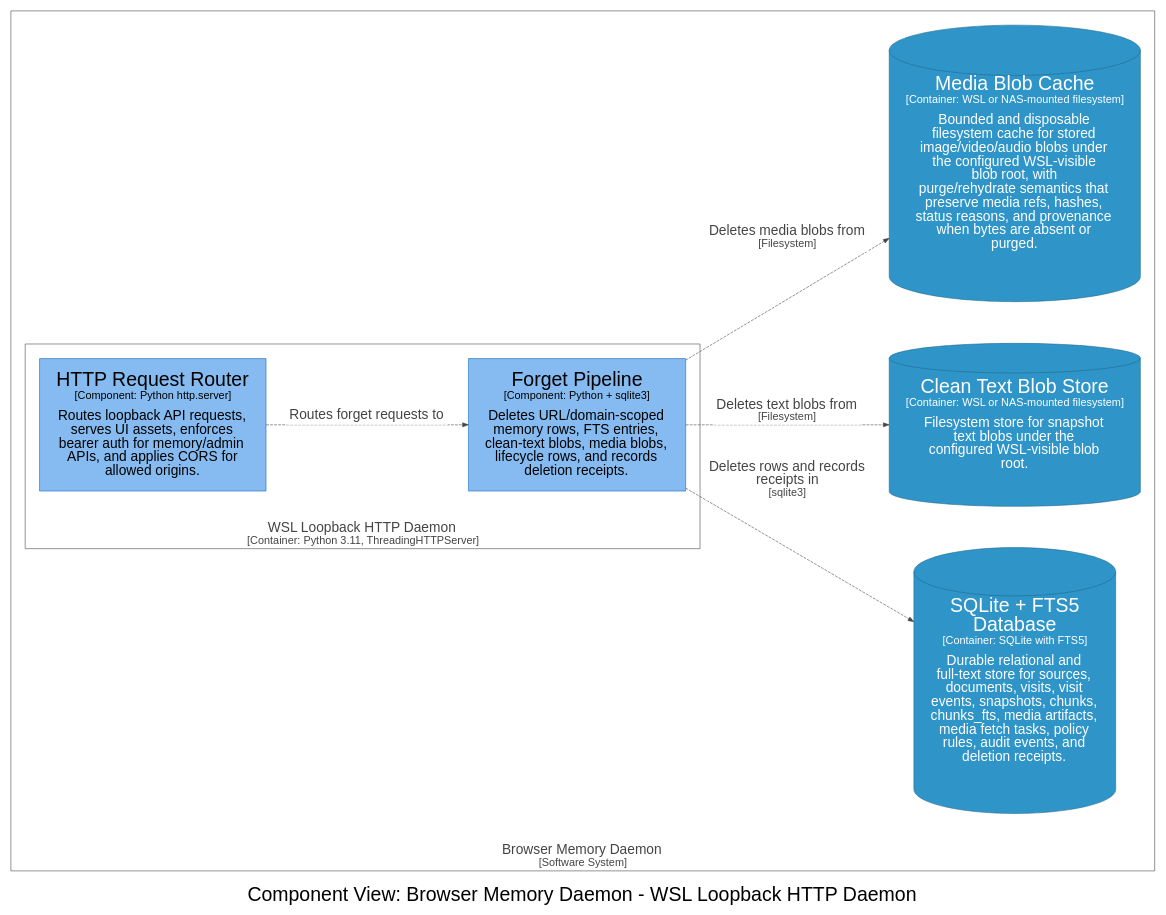
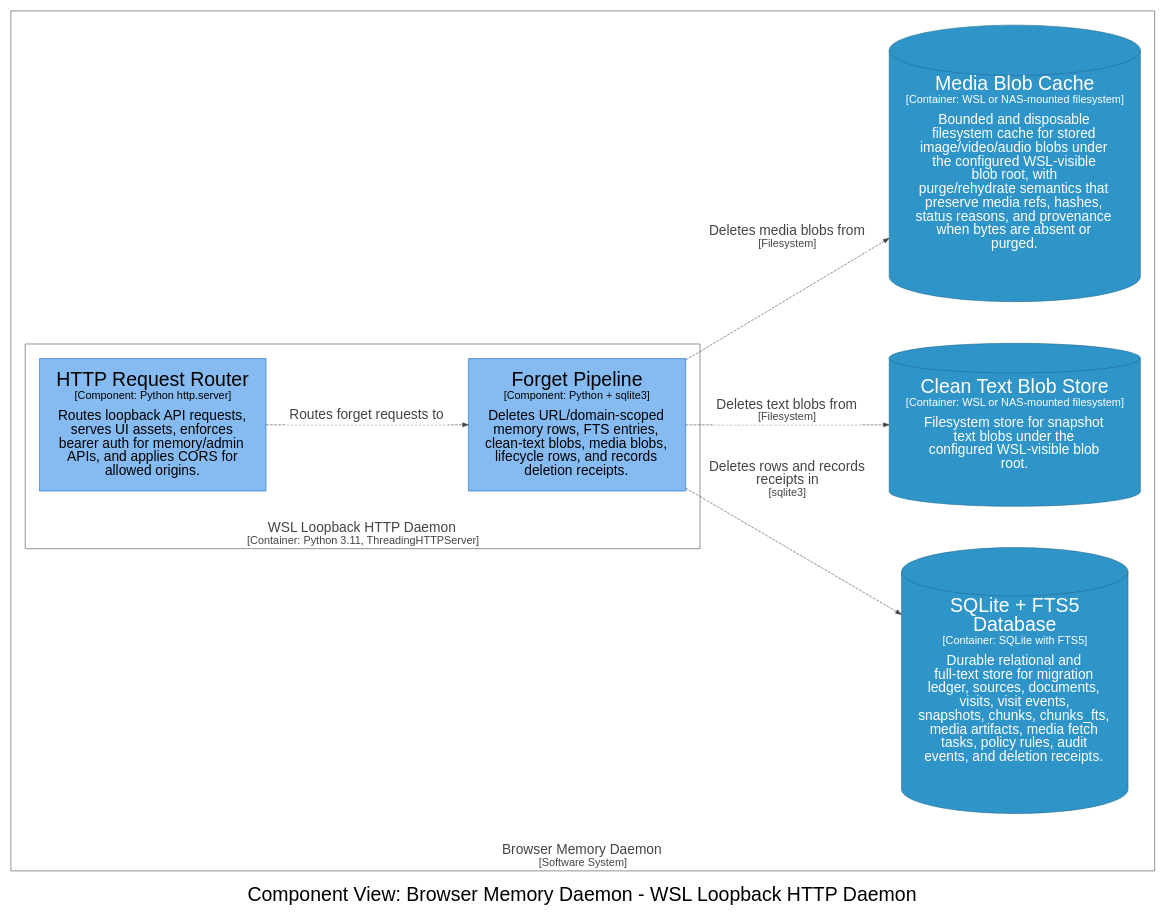
The diagram in docs/architecture/diagrams/dot/structurizr-DaemonForgetComponents.dot (michaelnicks0/browser-memory-daemon), drawn with Graphviz before and after one commit. The commit also changed 180 other files, not shown here.

Commit message:
feat(db): add versioned migration ledger and compatibility checks

```diff
--- a/docs/architecture/diagrams/dot/structurizr-DaemonForgetComponents.dot
+++ b/docs/architecture/diagrams/dot/structurizr-DaemonForgetComponents.dot
@@ -1,38 +1,38 @@
 digraph {
   compound=true
   graph [fontname="Arial", rankdir=LR, ranksep=1.0, nodesep=1.0]
   node [fontname="Arial", shape=box, margin="0.4,0.3"]
   edge [fontname="Arial"]
   label=<<br /><font point-size="34">Component View: Browser Memory Daemon - WSL Loopback HTTP Daemon</font>>
 
   subgraph cluster_4 {
     margin=25
     label=<<font point-size="24"><br />Browser Memory Daemon</font><br /><font point-size="19">[Software System]</font>>
     labelloc=b
     color="#444444"
     fontcolor="#444444"
     fillcolor="#444444"
 
     subgraph cluster_14 {
       margin=25
       label=<<font point-size="24"><br />WSL Loopback HTTP Daemon</font><br /><font point-size="19">[Container: Python 3.11, ThreadingHTTPServer]</font>>
       labelloc=b
       color="#444444"
       fontcolor="#444444"
       fillcolor="#444444"
 
       15 [id=15,shape=rect, label=<<font point-size="34">HTTP Request Router</font><br /><font point-size="19">[Component: Python http.server]</font><br /><br /><font point-size="24">Routes loopback API requests,<br />serves UI assets, enforces<br />bearer auth for memory/admin<br />APIs, and applies CORS for<br />allowed origins.</font>>, style=filled, color="#1168bd", fillcolor="#85bbf0", fontcolor="#000000"]
-      22 [id=22,shape=rect, label=<<font point-size="34">Forget Pipeline</font><br /><font point-size="19">[Component: Python + sqlite3]</font><br /><br /><font point-size="24">Deletes URL/domain-scoped<br />memory rows, FTS entries,<br />clean-text blobs, media blobs,<br />lifecycle rows, and records<br />deletion receipts.</font>>, style=filled, color="#1168bd", fillcolor="#85bbf0", fontcolor="#000000"]
+      23 [id=23,shape=rect, label=<<font point-size="34">Forget Pipeline</font><br /><font point-size="19">[Component: Python + sqlite3]</font><br /><br /><font point-size="24">Deletes URL/domain-scoped<br />memory rows, FTS entries,<br />clean-text blobs, media blobs,<br />lifecycle rows, and records<br />deletion receipts.</font>>, style=filled, color="#1168bd", fillcolor="#85bbf0", fontcolor="#000000"]
     }
 
-    27 [id=27,shape=cylinder, label=<<font point-size="34">SQLite + FTS5<br />Database</font><br /><font point-size="19">[Container: SQLite with FTS5]</font><br /><br /><font point-size="24">Durable relational and<br />full-text store for sources,<br />documents, visits, visit<br />events, snapshots, chunks,<br />chunks_fts, media artifacts,<br />media fetch tasks, policy<br />rules, audit events, and<br />deletion receipts.</font>>, style=filled, color="#20688c", fillcolor="#2f95c8", fontcolor="#ffffff"]
-    28 [id=28,shape=cylinder, label=<<font point-size="34">Clean Text Blob Store</font><br /><font point-size="19">[Container: WSL or NAS-mounted filesystem]</font><br /><br /><font point-size="24">Filesystem store for snapshot<br />text blobs under the<br />configured WSL-visible blob<br />root.</font>>, style=filled, color="#20688c", fillcolor="#2f95c8", fontcolor="#ffffff"]
-    29 [id=29,shape=cylinder, label=<<font point-size="34">Media Blob Cache</font><br /><font point-size="19">[Container: WSL or NAS-mounted filesystem]</font><br /><br /><font point-size="24">Bounded and disposable<br />filesystem cache for stored<br />image/video/audio blobs under<br />the configured WSL-visible<br />blob root, with<br />purge/rehydrate semantics that<br />preserve media refs, hashes,<br />status reasons, and provenance<br />when bytes are absent or<br />purged.</font>>, style=filled, color="#20688c", fillcolor="#2f95c8", fontcolor="#ffffff"]
+    28 [id=28,shape=cylinder, label=<<font point-size="34">SQLite + FTS5<br />Database</font><br /><font point-size="19">[Container: SQLite with FTS5]</font><br /><br /><font point-size="24">Durable relational and<br />full-text store for migration<br />ledger, sources, documents,<br />visits, visit events,<br />snapshots, chunks, chunks_fts,<br />media artifacts, media fetch<br />tasks, policy rules, audit<br />events, and deletion receipts.</font>>, style=filled, color="#20688c", fillcolor="#2f95c8", fontcolor="#ffffff"]
+    29 [id=29,shape=cylinder, label=<<font point-size="34">Clean Text Blob Store</font><br /><font point-size="19">[Container: WSL or NAS-mounted filesystem]</font><br /><br /><font point-size="24">Filesystem store for snapshot<br />text blobs under the<br />configured WSL-visible blob<br />root.</font>>, style=filled, color="#20688c", fillcolor="#2f95c8", fontcolor="#ffffff"]
+    30 [id=30,shape=cylinder, label=<<font point-size="34">Media Blob Cache</font><br /><font point-size="19">[Container: WSL or NAS-mounted filesystem]</font><br /><br /><font point-size="24">Bounded and disposable<br />filesystem cache for stored<br />image/video/audio blobs under<br />the configured WSL-visible<br />blob root, with<br />purge/rehydrate semantics that<br />preserve media refs, hashes,<br />status reasons, and provenance<br />when bytes are absent or<br />purged.</font>>, style=filled, color="#20688c", fillcolor="#2f95c8", fontcolor="#ffffff"]
   }
 
-  15 -> 22 [id=67, label=<<TABLE BORDER="0" CELLBORDER="0" CELLSPACING="0" CELLPADDING="4" BGCOLOR="white"><TR><TD><font point-size="24">Routes forget requests to</font></TD></TR></TABLE>>, style="dashed", color="#444444", fontcolor="#444444"]
-  22 -> 27 [id=79, label=<<TABLE BORDER="0" CELLBORDER="0" CELLSPACING="0" CELLPADDING="4" BGCOLOR="white"><TR><TD><font point-size="24">Deletes rows and records<br />receipts in</font><br /><font point-size="19">[sqlite3]</font></TD></TR></TABLE>>, style="dashed", color="#444444", fontcolor="#444444"]
-  22 -> 28 [id=80, label=<<TABLE BORDER="0" CELLBORDER="0" CELLSPACING="0" CELLPADDING="4" BGCOLOR="white"><TR><TD><font point-size="24">Deletes text blobs from</font><br /><font point-size="19">[Filesystem]</font></TD></TR></TABLE>>, style="dashed", color="#444444", fontcolor="#444444"]
-  22 -> 29 [id=81, label=<<TABLE BORDER="0" CELLBORDER="0" CELLSPACING="0" CELLPADDING="4" BGCOLOR="white"><TR><TD><font point-size="24">Deletes media blobs from</font><br /><font point-size="19">[Filesystem]</font></TD></TR></TABLE>>, style="dashed", color="#444444", fontcolor="#444444"]
+  15 -> 23 [id=69, label=<<TABLE BORDER="0" CELLBORDER="0" CELLSPACING="0" CELLPADDING="4" BGCOLOR="white"><TR><TD><font point-size="24">Routes forget requests to</font></TD></TR></TABLE>>, style="dashed", color="#444444", fontcolor="#444444"]
+  23 -> 28 [id=81, label=<<TABLE BORDER="0" CELLBORDER="0" CELLSPACING="0" CELLPADDING="4" BGCOLOR="white"><TR><TD><font point-size="24">Deletes rows and records<br />receipts in</font><br /><font point-size="19">[sqlite3]</font></TD></TR></TABLE>>, style="dashed", color="#444444", fontcolor="#444444"]
+  23 -> 29 [id=82, label=<<TABLE BORDER="0" CELLBORDER="0" CELLSPACING="0" CELLPADDING="4" BGCOLOR="white"><TR><TD><font point-size="24">Deletes text blobs from</font><br /><font point-size="19">[Filesystem]</font></TD></TR></TABLE>>, style="dashed", color="#444444", fontcolor="#444444"]
+  23 -> 30 [id=83, label=<<TABLE BORDER="0" CELLBORDER="0" CELLSPACING="0" CELLPADDING="4" BGCOLOR="white"><TR><TD><font point-size="24">Deletes media blobs from</font><br /><font point-size="19">[Filesystem]</font></TD></TR></TABLE>>, style="dashed", color="#444444", fontcolor="#444444"]
 
 }
```
